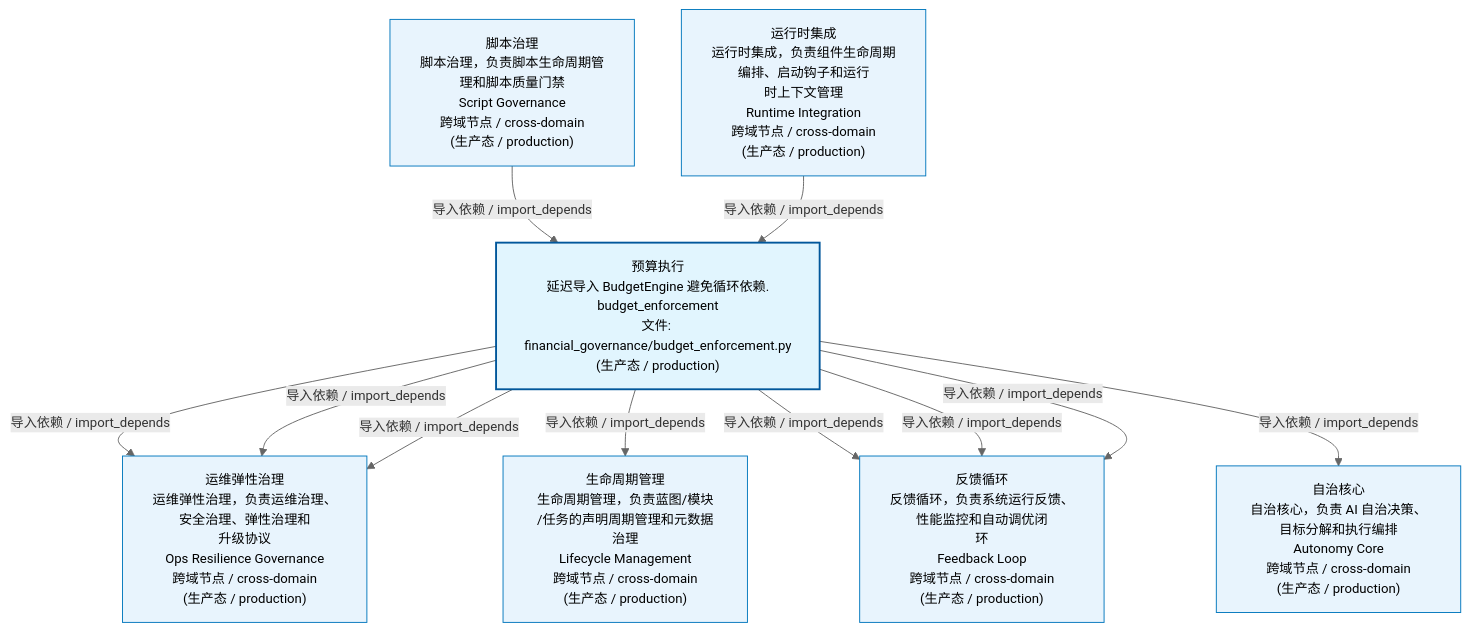
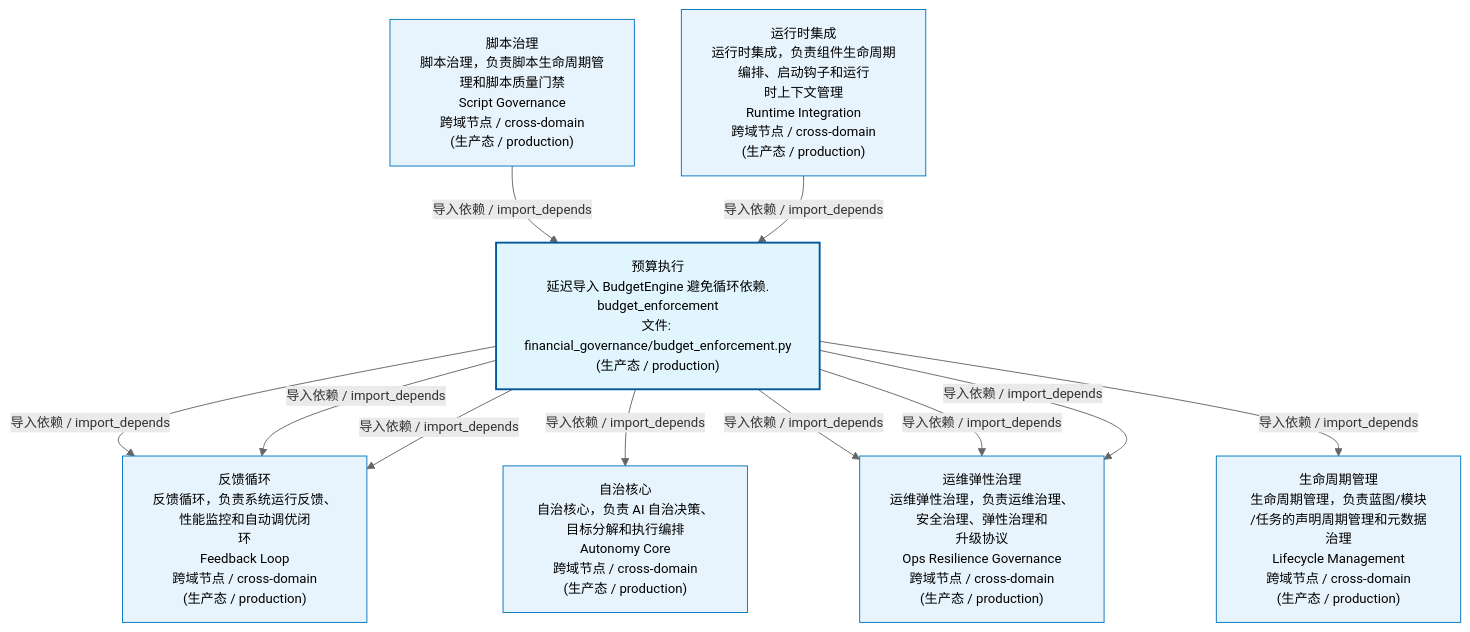
One commit to xuanFelixVan/ZephyrAlpha changed the first of 3 diagrams in docs/02_enterprise_architecture/02_domain_architecture_docs/54_d_gov_repair.md. Above: the diagram before and after it, drawn with Mermaid. The commit also changed 61 other files, not shown here.

````diff
--- a/docs/02_enterprise_architecture/02_domain_architecture_docs/54_d_gov_repair.md
+++ b/docs/02_enterprise_architecture/02_domain_architecture_docs/54_d_gov_repair.md
@@ -53,27 +53,27 @@
 ```mermaid
 %%{init: {'theme': 'base', 'themeVariables': {'primaryColor': '#eaeaea', 'primaryTextColor': '#333333', 'primaryBorderColor': '#666666', 'lineColor': '#666666', 'secondaryColor': '#eaeaea', 'tertiaryColor': '#eaeaea', 'fontSize': '14px'}}}%%
 flowchart TD
     src_zephyr_governance_financial_governance_budget_enforcement_py["预算执行<br/>延迟导入 BudgetEngine 避免循环依赖.<br/>budget_enforcement<br/>文件: financial_governance/budget_enforcement.py<br/>(生产态 / production)"]
-    D_GOV_OPS_RESILIENCE["运维弹性治理<br/>运维弹性治理，负责运维治理、安全治理、弹性治理和<br/>升级协议<br/>Ops Resilience Governance<br/>跨域节点 / cross-domain<br/>(生产态 / production)"]
-    src_zephyr_governance_financial_governance_budget_enforcement_py -->|导入依赖 / import_depends| D_GOV_OPS_RESILIENCE
-    src_zephyr_governance_financial_governance_budget_enforcement_py -->|导入依赖 / import_depends| D_GOV_OPS_RESILIENCE
-    D_GOVERNANCE["生命周期管理<br/>生命周期管理，负责蓝图/模块<br/>/任务的声明周期管理和元数据治理<br/>Lifecycle Management<br/>跨域节点 / cross-domain<br/>(生产态 / production)"]
-    src_zephyr_governance_financial_governance_budget_enforcement_py -->|导入依赖 / import_depends| D_GOVERNANCE
     D_OPS["反馈循环<br/>反馈循环，负责系统运行反馈、性能监控和自动调优闭<br/>环<br/>Feedback Loop<br/>跨域节点 / cross-domain<br/>(生产态 / production)"]
     src_zephyr_governance_financial_governance_budget_enforcement_py -->|导入依赖 / import_depends| D_OPS
     D_AUTONOMY_CORE["自治核心<br/>自治核心，负责 AI 自治决策、目标分解和执行编排<br/>Autonomy Core<br/>跨域节点 / cross-domain<br/>(生产态 / production)"]
     src_zephyr_governance_financial_governance_budget_enforcement_py -->|导入依赖 / import_depends| D_AUTONOMY_CORE
     src_zephyr_governance_financial_governance_budget_enforcement_py -->|导入依赖 / import_depends| D_OPS
+    D_GOV_OPS_RESILIENCE["运维弹性治理<br/>运维弹性治理，负责运维治理、安全治理、弹性治理和<br/>升级协议<br/>Ops Resilience Governance<br/>跨域节点 / cross-domain<br/>(生产态 / production)"]
     src_zephyr_governance_financial_governance_budget_enforcement_py -->|导入依赖 / import_depends| D_GOV_OPS_RESILIENCE
     src_zephyr_governance_financial_governance_budget_enforcement_py -->|导入依赖 / import_depends| D_OPS
+    src_zephyr_governance_financial_governance_budget_enforcement_py -->|导入依赖 / import_depends| D_GOV_OPS_RESILIENCE
+    src_zephyr_governance_financial_governance_budget_enforcement_py -->|导入依赖 / import_depends| D_GOV_OPS_RESILIENCE
+    D_GOVERNANCE["生命周期管理<br/>生命周期管理，负责蓝图/模块<br/>/任务的声明周期管理和元数据治理<br/>Lifecycle Management<br/>跨域节点 / cross-domain<br/>(生产态 / production)"]
+    src_zephyr_governance_financial_governance_budget_enforcement_py -->|导入依赖 / import_depends| D_GOVERNANCE
     D_GOV_SCRIPTS["脚本治理<br/>脚本治理，负责脚本生命周期管理和脚本质量门禁<br/>Script Governance<br/>跨域节点 / cross-domain<br/>(生产态 / production)"]
     D_GOV_SCRIPTS -->|导入依赖 / import_depends| src_zephyr_governance_financial_governance_budget_enforcement_py
     D_INFRA_RUNTIME["运行时集成<br/>运行时集成，负责组件生命周期编排、启动钩子和运行<br/>时上下文管理<br/>Runtime Integration<br/>跨域节点 / cross-domain<br/>(生产态 / production)"]
     D_INFRA_RUNTIME -->|导入依赖 / import_depends| src_zephyr_governance_financial_governance_budget_enforcement_py
     classDef production fill:#e1f5fe,stroke:#01579b,stroke-width:2px,color:#000
     classDef design fill:#fff3e0,stroke:#e65100,stroke-width:2px,color:#000,stroke-dasharray: 5 5
     classDef external_prod fill:#e8f4fd,stroke:#0277bd,stroke-width:1px,color:#000
     classDef external_design fill:#fff8e7,stroke:#ef6c00,stroke-width:1px,color:#000,stroke-dasharray: 5 5
     class src_zephyr_governance_financial_governance_budget_enforcement_py production
-    class D_GOV_OPS_RESILIENCE,D_GOVERNANCE,D_OPS,D_AUTONOMY_CORE,D_GOV_SCRIPTS,D_INFRA_RUNTIME external_prod
+    class D_OPS,D_AUTONOMY_CORE,D_GOV_OPS_RESILIENCE,D_GOVERNANCE,D_GOV_SCRIPTS,D_INFRA_RUNTIME external_prod
 ```
````
